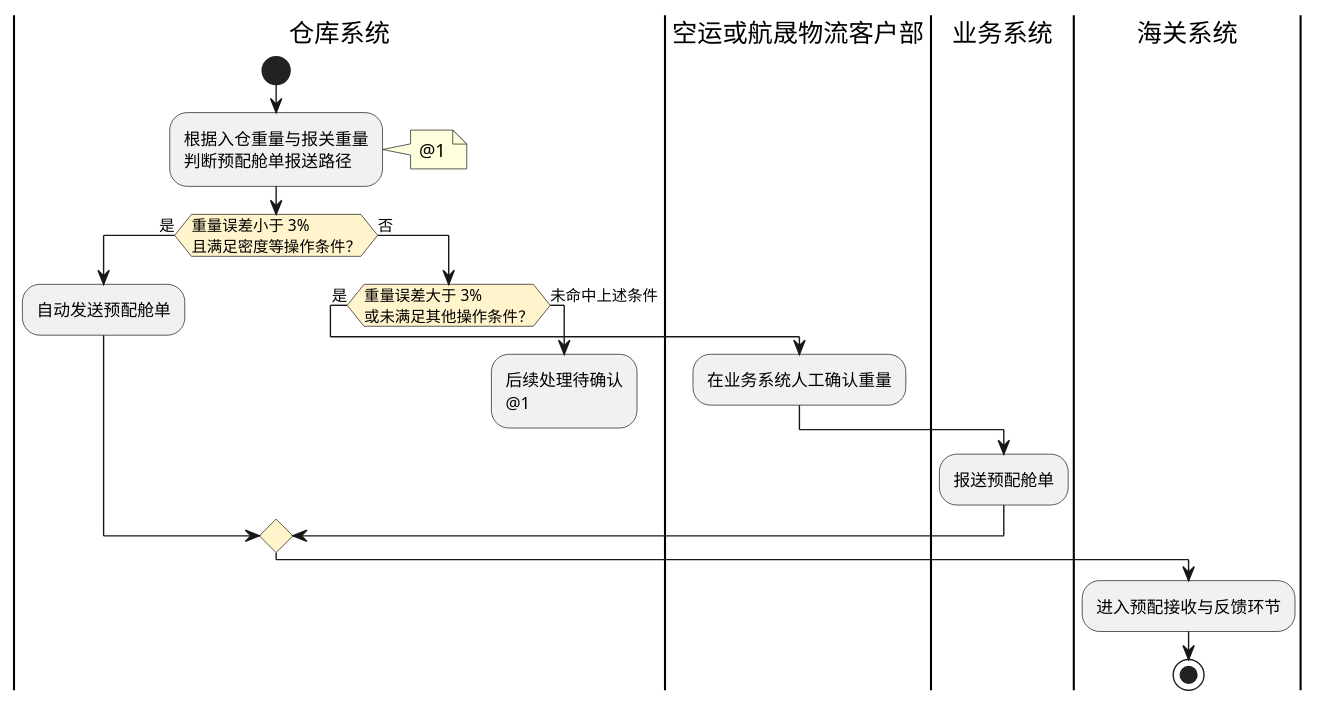
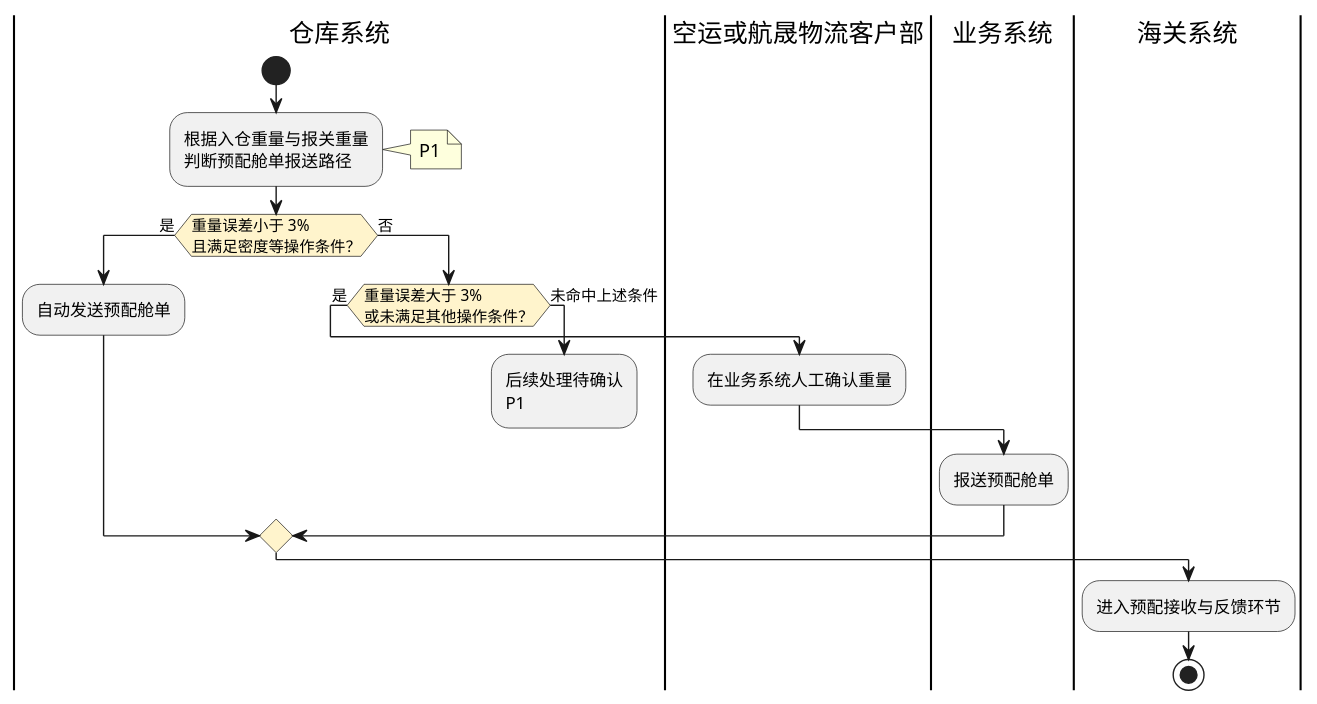
The first of 3 diagrams in product-caliber/goldjet/segmented-prd/PRD.高捷物流系统一期.第033篇.DDP跨模块作业与结算流程.7579B595B8.md (jack888332/projects-doc), drawn with PlantUML before and after one commit. The commit also changed other lines of this file and 18 other files, not shown here.

Commit message:
优化DSL图细节

````diff
--- a/product-caliber/goldjet/segmented-prd/PRD.高捷物流系统一期.第033篇.DDP跨模块作业与结算流程.7579B595B8.md
+++ b/product-caliber/goldjet/segmented-prd/PRD.高捷物流系统一期.第033篇.DDP跨模块作业与结算流程.7579B595B8.md
@@ -55,26 +55,26 @@
 ```plantuml
 @startuml goldjet-033-manifest-routing
 skinparam activityDiamondBackgroundColor #FFF4CC
 |仓库系统|
 start
 :根据入仓重量与报关重量\n判断预配舱单报送路径;
-note right: @1
+note right: P1
 if (重量误差小于 3%\n且满足密度等操作条件？) then (是)
   :自动发送预配舱单;
 else (否)
   if (重量误差大于 3%\n或未满足其他操作条件？) then (是)
     |空运或航晟物流客户部|
     :在业务系统人工确认重量;
     |业务系统|
     :报送预配舱单;
   else (未命中上述条件)
     |仓库系统|
-    :后续处理待确认\n@1;
+    :后续处理待确认\nP1;
     detach
   endif
 endif
 |海关系统|
 :进入预配接收与反馈环节;
 stop
 @enduml
 ```
````
